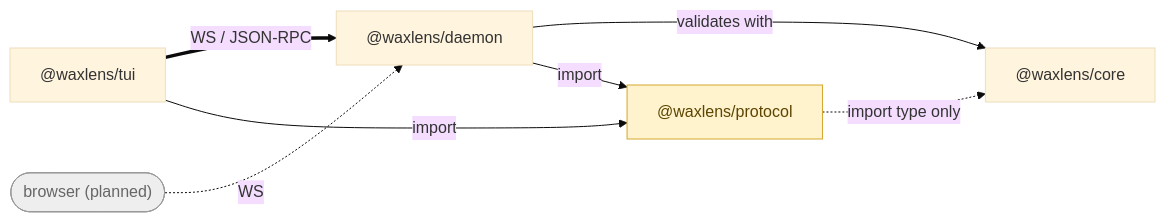
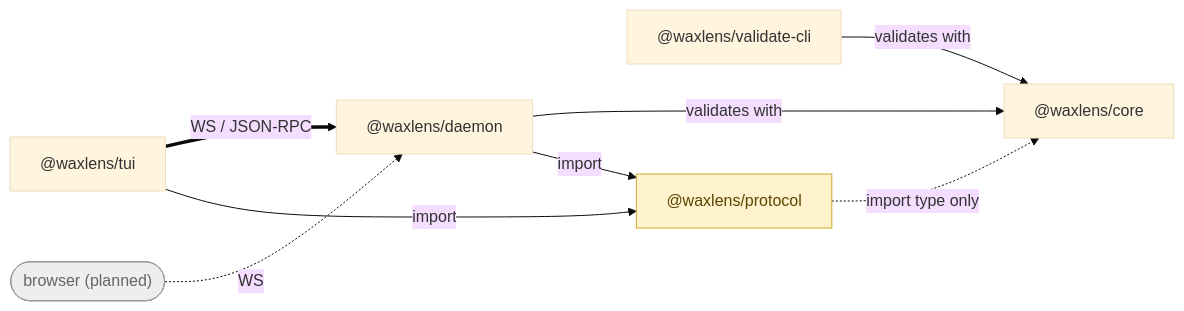
Before and after one commit to uraitakahito/waxlens: the diagram in docs-site/src/content/docs/architecture.md, drawn with Mermaid (base theme). The commit also changed other lines of this file and 25 other files, not shown here.

First line of the commit message:
feat!: waxlens-validate を @waxlens/validate-cli に切り出す (#132)

````diff
--- a/docs-site/src/content/docs/architecture.md
+++ b/docs-site/src/content/docs/architecture.md
@@ -24,14 +25,15 @@
 ```mermaid
 flowchart LR
     tui["@waxlens/tui"] ==>|"WS / JSON-RPC"| daemon["@waxlens/daemon"]
     browser(["browser (planned)"]) -.->|"WS"| daemon
-    daemon -->|validates with| core["@waxlens/core"]
+    cli["@waxlens/validate-cli"] -->|validates with| core["@waxlens/core"]
+    daemon -->|validates with| core
     tui -->|import| protocol["@waxlens/protocol"]
     daemon -->|import| protocol
     protocol -.->|"import type only"| core
 
     classDef contract fill:#fff3cd,stroke:#d4a72c,color:#5c4500;
     classDef future fill:#eeeeee,stroke:#999999,color:#666666;
     class protocol contract;
     class browser future;
 ```
````
